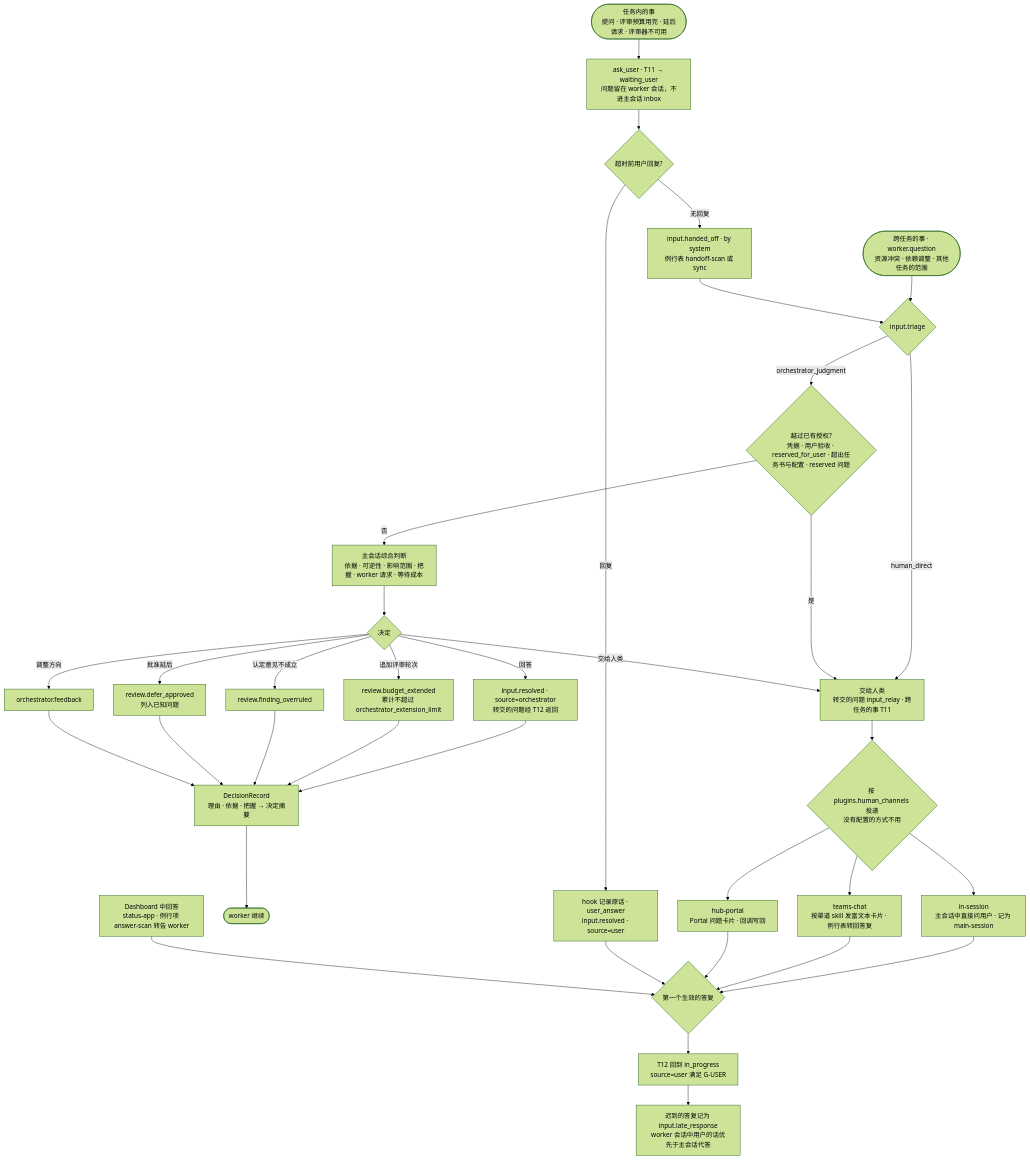
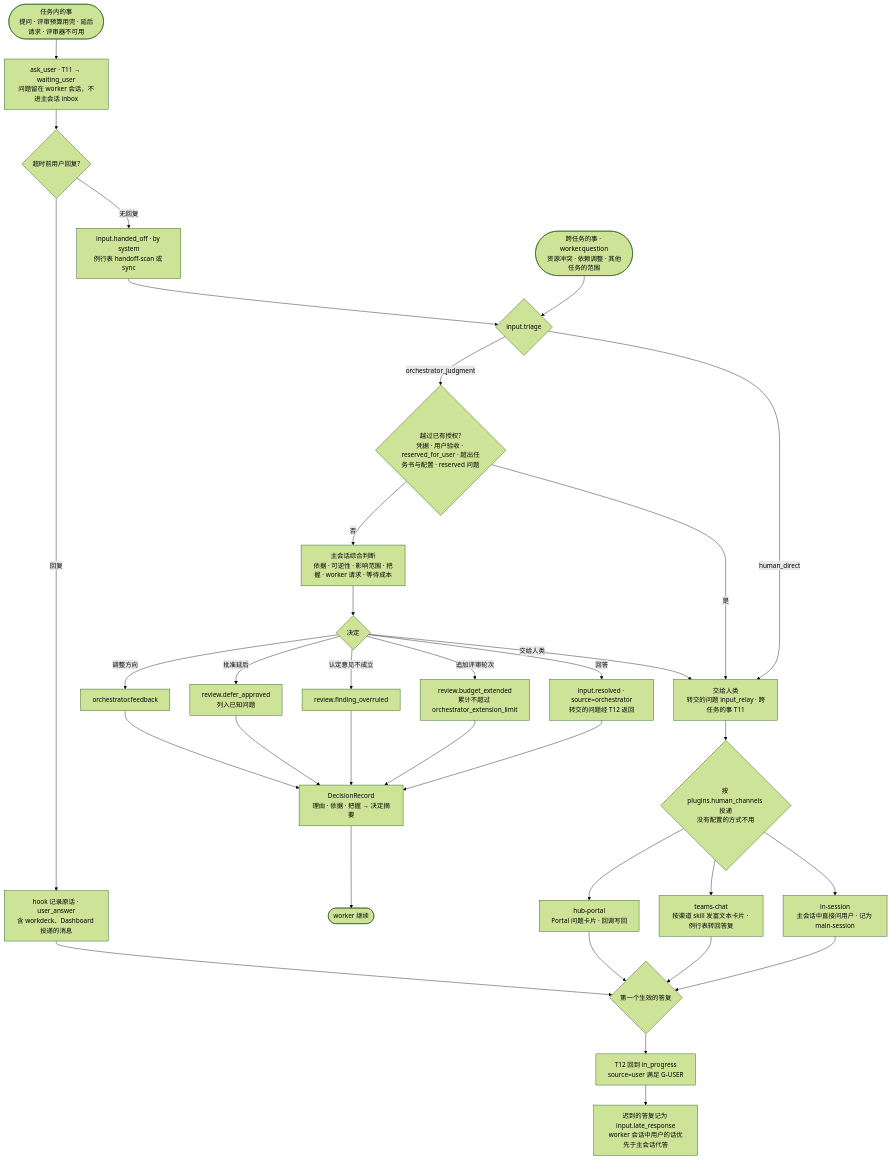
One commit to flyrobin620/task-steward changed the diagram in docs/design/diagrams/input-routing.mmd. Above: the diagram before and after it, drawn with Mermaid (forest theme). The commit also changed 15 other files, not shown here.

First line of the commit message:
docs: deliver Dashboard answers to the worker session like workdeck (T357)

```diff
--- a/docs/design/diagrams/input-routing.mmd
+++ b/docs/design/diagrams/input-routing.mmd
@@ -1,36 +1,35 @@
 flowchart TD
     Q1([任务内的事<br/>提问 · 评审预算用完 · 延后请求 · 评审器不可用]) --> ASK
     Q2([跨任务的事 · worker.question<br/>资源冲突 · 依赖调整 · 其他任务的范围]) --> J
     ASK[ask_user · T11 → waiting_user<br/>问题留在 worker 会话，不进主会话 inbox] --> U{超时前用户回复?}
-    U -- 回复 --> UA[hook 记录原话 · user_answer<br/>input.resolved · source=user]
+    U -- 回复 --> UA[hook 记录原话 · user_answer<br/>含 workdeck、Dashboard 投递的消息]
     U -- 无回复 --> HO[input.handed_off · by system<br/>例行表 handoff-scan 或 sync]
     HO --> J
     J{input.triage}
     J -- human_direct --> ESC
     J -- orchestrator_judgment --> A{越过已有授权?<br/>凭据 · 用户验收 · reserved_for_user · 超出任务书与配置 · reserved 问题}
     A -- 是 --> ESC
     A -- 否 --> F[主会话综合判断<br/>依据 · 可逆性 · 影响范围 · 把握 · worker 请求 · 等待成本]
     F --> D{决定}
     D -- 回答 --> R1[input.resolved · source=orchestrator<br/>转交的问题经 T12 返回]
     D -- 追加评审轮次 --> R2[review.budget_extended<br/>累计不超过 orchestrator_extension_limit]
     D -- 认定意见不成立 --> R3[review.finding_overruled]
     D -- 批准延后 --> R4[review.defer_approved<br/>列入已知问题]
     D -- 调整方向 --> R5[orchestrator.feedback]
     D -- 交给人类 --> ESC
     R1 --> DR[DecisionRecord<br/>理由 · 依据 · 把握 → 决定摘要]
     R2 --> DR
     R3 --> DR
     R4 --> DR
     R5 --> DR
     DR --> W1([worker 继续])
     ESC[交给人类<br/>转交的问题 input_relay · 跨任务的事 T11] --> CH{按 plugins.human_channels 投递<br/>没有配置的方式不用}
     CH --> S1[in-session<br/>主会话中直接问用户 · 记为 main-session]
     CH --> S2[teams-chat<br/>按渠道 skill 发富文本卡片 · 例行表转回答复]
     CH --> S3[hub-portal<br/>Portal 问题卡片 · 回调写回]
     S1 --> V{第一个生效的答复}
     S2 --> V
     S3 --> V
     UA --> V
-    DB[Dashboard 中回答<br/>status-app · 例行项 answer-scan 转告 worker] --> V
     V --> RR[T12 回到 in_progress<br/>source=user 满足 G-USER]
     RR --> C[迟到的答复记为 input.late_response<br/>worker 会话中用户的话优先于主会话代答]
```
